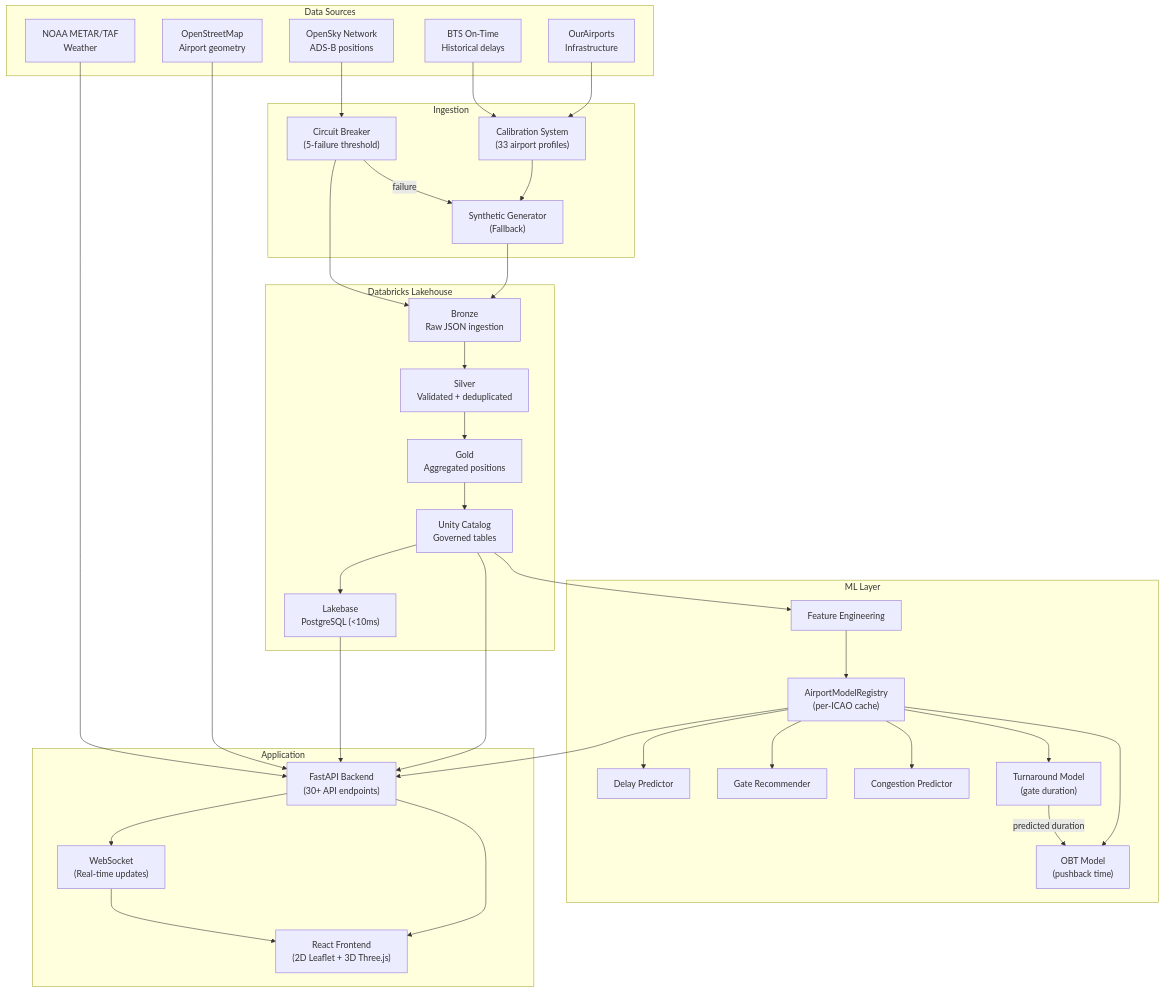
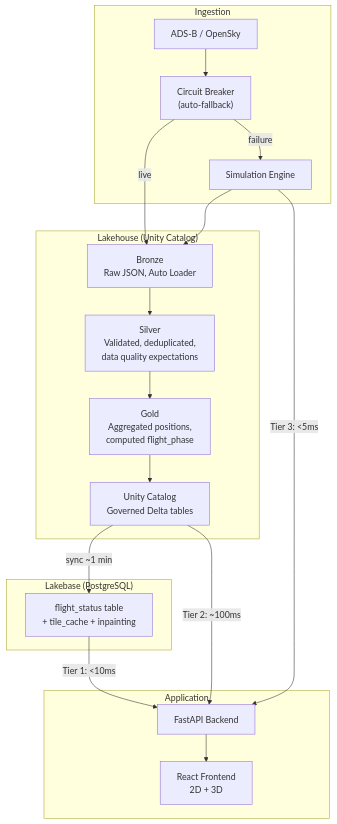
The second of 5 diagrams in README.md (LaurentPRAT-DB/databricks-airport-digital-twin), drawn with Mermaid before and after one commit. The commit also changed other lines of this file, not shown here.

First line of the commit message:
docs: rewrite README with audience sections + data architecture narrative

````diff
--- a/README.md
+++ b/README.md
@@ -220,55 +123,33 @@
 ```mermaid
 graph TB
-    subgraph "Data Sources"
-        OS["OpenSky Network<br/>ADS-B positions"]
-        BTS["BTS On-Time<br/>Historical delays"]
-        OA["OurAirports<br/>Infrastructure"]
-        METAR["NOAA METAR/TAF<br/>Weather"]
-        OSM["OpenStreetMap<br/>Airport geometry"]
+    subgraph "Ingestion"
+        ADS["ADS-B / OpenSky"]
+        SYN["Simulation Engine"]
+        CB["Circuit Breaker<br/>(auto-fallback)"]
     end
 
-    subgraph "Ingestion"
-        CB["Circuit Breaker<br/>(5-failure threshold)"]
-        SYN["Synthetic Generator<br/>(Fallback)"]
-        CAL["Calibration System<br/>(33 airport profiles)"]
+    subgraph "Lakehouse (Unity Catalog)"
+        B["Bronze<br/>Raw JSON, Auto Loader"]
+        S["Silver<br/>Validated, deduplicated,<br/>data quality expectations"]
+        G["Gold<br/>Aggregated positions,<br/>computed flight_phase"]
+        UC["Unity Catalog<br/>Governed Delta tables"]
     end
 
-    subgraph "Databricks Lakehouse"
-        DLT_B["Bronze<br/>Raw JSON ingestion"]
-        DLT_S["Silver<br/>Validated + deduplicated"]
-        DLT_G["Gold<br/>Aggregated positions"]
-        UC["Unity Catalog<br/>Governed tables"]
-        LB["Lakebase<br/>PostgreSQL (<10ms)"]
-    end
-
-    subgraph "ML Layer"
-        FE["Feature Engineering"]
-        REG["AirportModelRegistry<br/>(per-ICAO cache)"]
-        DM["Delay Predictor"]
-        GM["Gate Recommender"]
-        CM["Congestion Predictor"]
-        TM["Turnaround Model<br/>(gate duration)"]
-        OBT["OBT Model<br/>(pushback time)"]
-        TM -->|predicted duration| OBT
+    subgraph "Lakebase (PostgreSQL)"
+        LB["flight_status table<br/>+ tile_cache + inpainting"]
     end
 
     subgraph "Application"
-        API["FastAPI Backend<br/>(30+ API endpoints)"]
-        WS["WebSocket<br/>(Real-time updates)"]
-        UI["React Frontend<br/>(2D Leaflet + 3D Three.js)"]
+        API["FastAPI Backend"]
+        FE["React Frontend<br/>2D + 3D"]
     end
 
-    OS --> CB --> DLT_B
-    CB -->|failure| SYN --> DLT_B
-    BTS & OA --> CAL --> SYN
-    DLT_B --> DLT_S --> DLT_G --> UC
-    UC --> LB
-    UC --> FE --> REG --> DM & GM & CM & TM & OBT
-    METAR --> API
-    OSM --> API
-    LB --> API
-    UC --> API
-    REG --> API
-    API --> WS --> UI
-    API --> UI
+    ADS --> CB -->|live| B
+    CB -->|failure| SYN --> B
+    B --> S --> G --> UC
+    UC -->|sync ~1 min| LB
+    LB -->|"Tier 1: <10ms"| API
+    UC -->|"Tier 2: ~100ms"| API
+    SYN -->|"Tier 3: <5ms"| API
+    API --> FE
 ```
````
